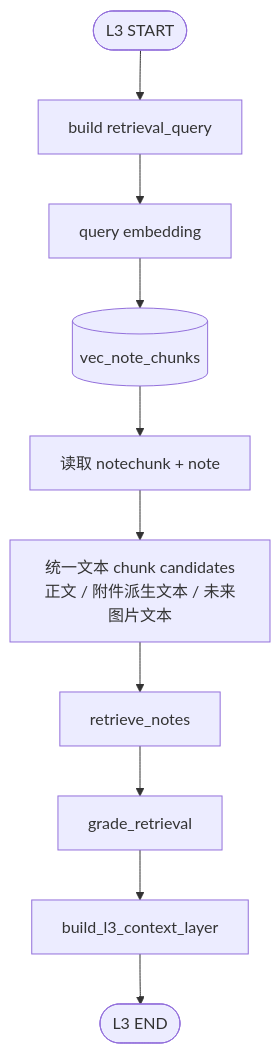
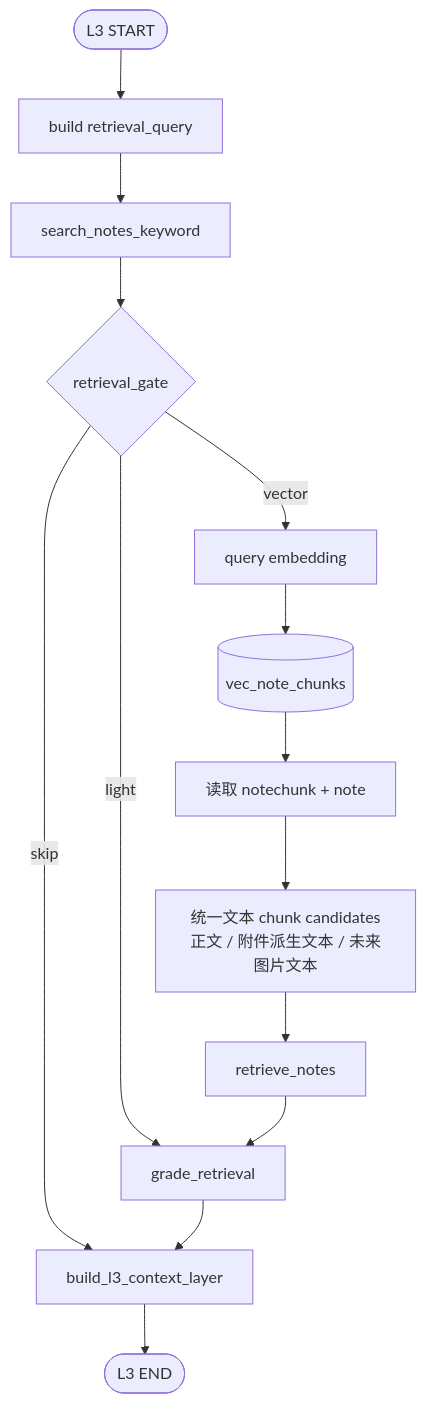
The third of 5 diagrams in docs/agent/memory-chat-graph.md (LiuJiaxuan1024/AiMemo), drawn with Mermaid before and after one commit. The commit also changed other lines of this file and 10 other files, not shown here.

Commit message:
perf: use cheap recall for note retrieval

````diff
--- a/docs/agent/memory-chat-graph.md
+++ b/docs/agent/memory-chat-graph.md
@@ -620,12 +634,16 @@
 ```mermaid
 flowchart TD
     L3Start([L3 START]) --> Query[build retrieval_query]
-    Query --> Embed[query embedding]
+    Query --> Cheap[search_notes_keyword]
+    Cheap --> Gate{retrieval_gate}
+    Gate -->|skip| Build
+    Gate -->|light| Grade
+    Gate -->|vector| Embed[query embedding]
     Embed --> Vector[(vec_note_chunks)]
     Vector --> Join[读取 notechunk + note]
     Join --> TextChunks[统一文本 chunk candidates<br/>正文 / 附件派生文本 / 未来图片文本]
     TextChunks --> Retrieve[retrieve_notes]
     Retrieve --> Grade[grade_retrieval]
     Grade --> Build[build_l3_context_layer]
     Build --> L3End([L3 END])
 ```
````
